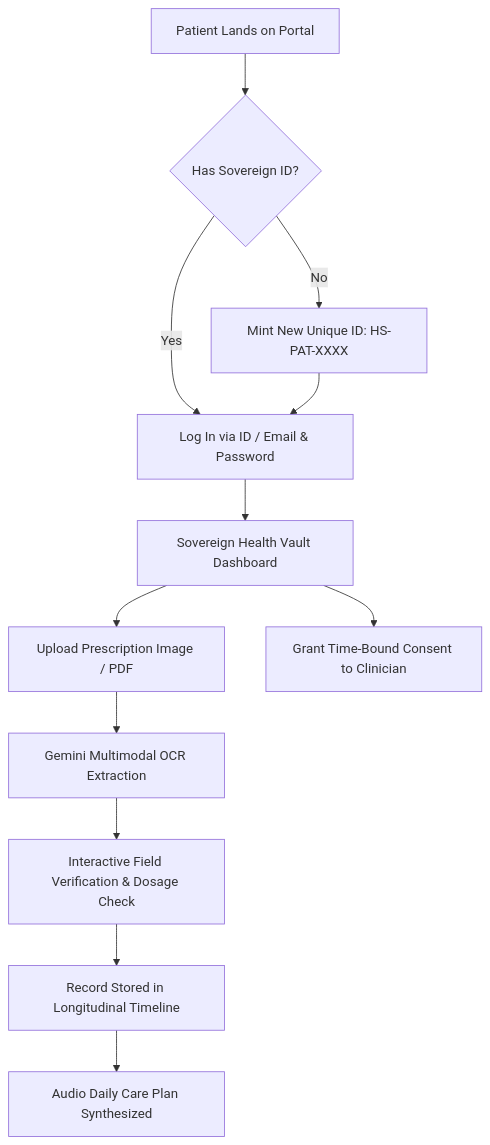
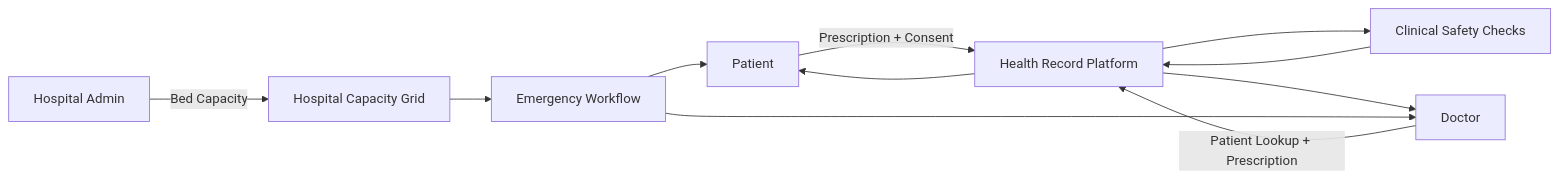
The diagram in README.md (janasayan-cmd/Swasthya-Setu), drawn with Mermaid before and after one commit. The commit also changed other lines of this file, not shown here.

````diff
--- a/README.md
+++ b/README.md
@@ -132,14 +59,13 @@
 ```mermaid
-graph TD
-    A[Patient Lands on Portal] --> B{Has Sovereign ID?}
-    B -->|No| C[Mint New Unique ID: HS-PAT-XXXX]
-    B -->|Yes| D[Log In via ID / Email & Password]
+flowchart LR
+    P[Patient] -->|Prescription + Consent| C[Health Record Platform]
+    D[Doctor] -->|Patient Lookup + Prescription| C
+    H[Hospital Admin] -->|Bed Capacity| G[Hospital Capacity Grid]
+    C --> S[Clinical Safety Checks]
+    S --> C
+    C --> P
     C --> D
-    D --> E[Sovereign Health Vault Dashboard]
-    E --> F[Upload Prescription Image / PDF]
-    F --> G[Gemini Multimodal OCR Extraction]
-    G --> H[Interactive Field Verification & Dosage Check]
-    H --> I[Record Stored in Longitudinal Timeline]
-    I --> J[Audio Daily Care Plan Synthesized]
-    E --> K[Grant Time-Bound Consent to Clinician]
+    G --> E[Emergency Workflow]
+    E --> P
+    E --> D
 ```
````
